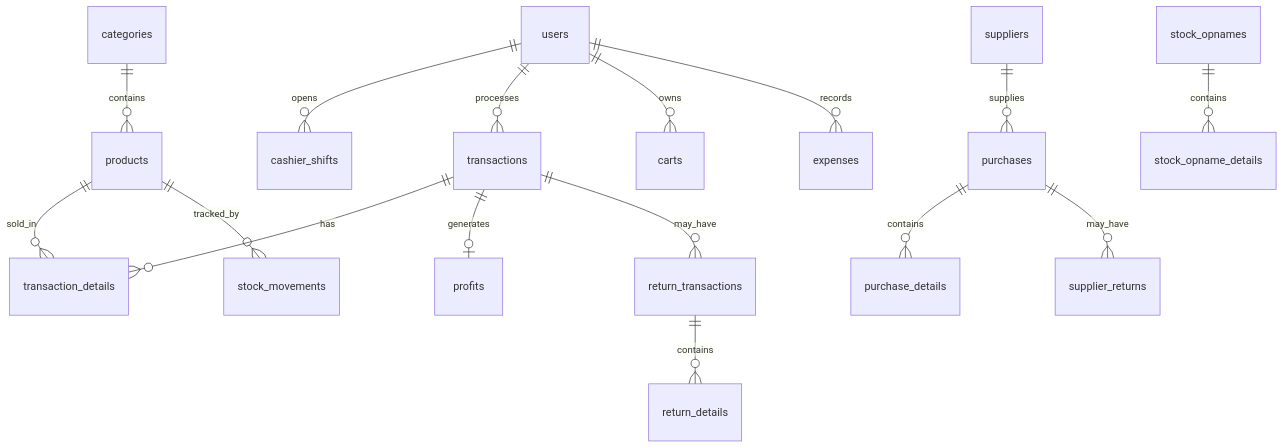
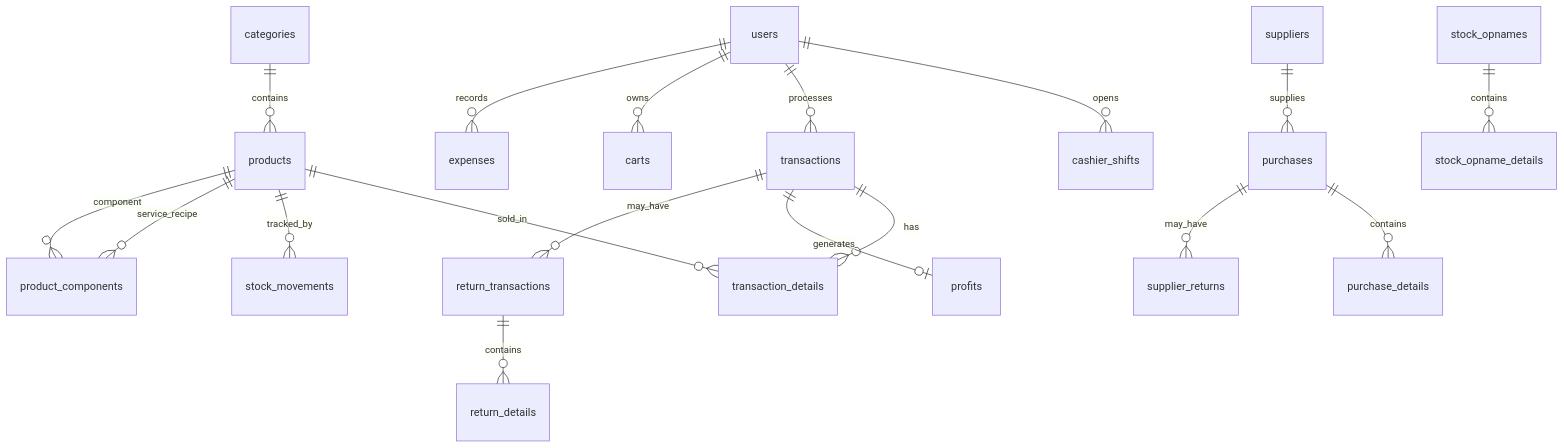
Before and after one commit to rachmanj/pos-atk-inertia: the second of 5 diagrams in docs/architecture.md, drawn with Mermaid. The commit also changed other lines of this file and 80 other files, not shown here.

Commit message:
add features import products and service kind product

````diff
--- a/docs/architecture.md
+++ b/docs/architecture.md
@@ -119,18 +145,20 @@
 ```mermaid
 erDiagram
     users ||--o{ cashier_shifts : opens
     users ||--o{ transactions : processes
     users ||--o{ carts : owns
     users ||--o{ expenses : records
     categories ||--o{ products : contains
     products ||--o{ transaction_details : sold_in
     products ||--o{ stock_movements : tracked_by
+    products ||--o{ product_components : service_recipe
+    product_components }o--|| products : component
     transactions ||--o{ transaction_details : has
     transactions ||--o| profits : generates
     transactions ||--o{ return_transactions : may_have
     suppliers ||--o{ purchases : supplies
     purchases ||--o{ purchase_details : contains
     purchases ||--o{ supplier_returns : may_have
     stock_opnames ||--o{ stock_opname_details : contains
     return_transactions ||--o{ return_details : contains
 ```
````
